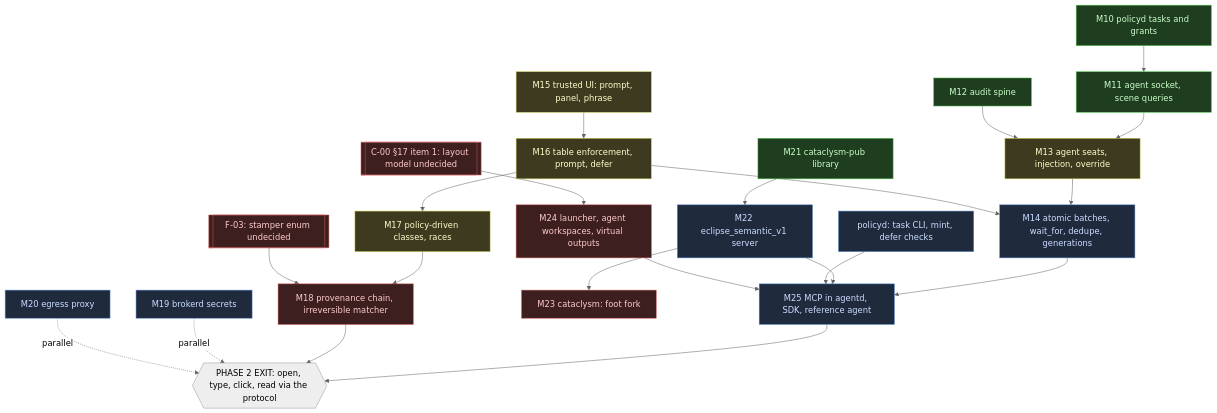
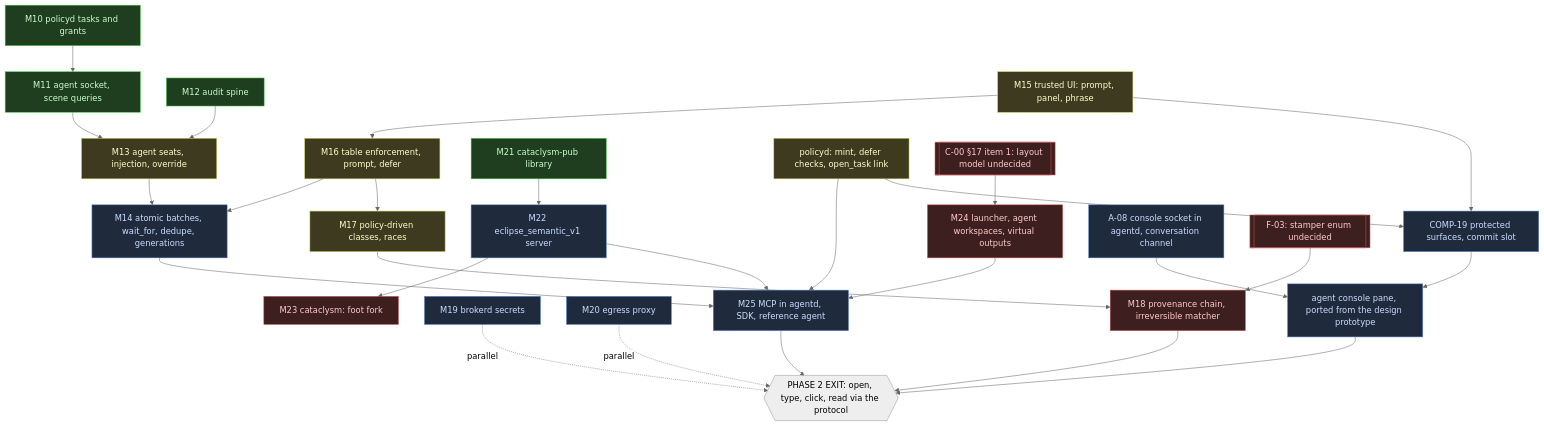
The diagram in docs/internal/phase2-graph.md (chasebrowndev/EclipseOS), drawn with Mermaid (neutral theme) before and after one commit. The commit also changed other lines of this file, not shown here.

First line of the commit message:
docs: add the console wave (COMP-19, A-08) to the phase 2 graph

````diff
--- a/docs/internal/phase2-graph.md
+++ b/docs/internal/phase2-graph.md
@@ -6,47 +6,56 @@
 ```mermaid
 flowchart TD
   classDef done fill:#1f3d1f,stroke:#5c5,color:#cfc
   classDef part fill:#3d3a1f,stroke:#cc5,color:#ffc
   classDef todo fill:#1f2a3d,stroke:#58c,color:#cdf
   classDef blocked fill:#3d1f1f,stroke:#c55,color:#fcc
 
   M10[M10 policyd tasks and grants]:::done
   M11[M11 agent socket, scene queries]:::done
   M12[M12 audit spine]:::done
   M13[M13 agent seats, injection, override]:::part
   M14[M14 atomic batches, wait_for, dedupe, generations]:::todo
   M15[M15 trusted UI: prompt, panel, phrase]:::part
   M16[M16 table enforcement, prompt, defer]:::part
   M17[M17 policy-driven classes, races]:::part
   M18[M18 provenance chain, irreversible matcher]:::blocked
   M19[M19 brokerd secrets]:::todo
   M20[M20 egress proxy]:::todo
   M21[M21 cataclysm-pub library]:::done
   M22[M22 eclipse_semantic_v1 server]:::todo
   M23[M23 cataclysm: foot fork]:::blocked
   M24[M24 launcher, agent workspaces, virtual outputs]:::blocked
   M25[M25 MCP in agentd, SDK, reference agent]:::todo
-  PD[policyd: task CLI, mint, defer checks]:::todo
+  PD[policyd: mint, defer checks, open_task link]:::part
+  C19[COMP-19 protected surfaces, commit slot]:::todo
+  A08[A-08 console socket in agentd, conversation channel]:::todo
+  CON[agent console pane, ported from the design prototype]:::todo
   EXIT{{PHASE 2 EXIT: open, type, click, read via the protocol}}
 
   M10 --> M11 --> M13
   M12 --> M13
   M13 --> M14
   M16 --> M14
   M15 --> M16
   M16 --> M17
   M17 --> M18
   M21 --> M22
   M22 --> M23
   M14 --> M25
   M22 --> M25
   PD --> M25
   M24 --> M25
   M25 --> EXIT
   M18 --> EXIT
   M19 -.parallel.-> EXIT
   M20 -.parallel.-> EXIT
 
+  C19 --> CON
+  A08 --> CON
+  PD --> C19
+  M15 --> C19
+  CON --> EXIT
+
   F03[[F-03: stamper enum undecided]]:::blocked --> M18
   C17[[C-00 §17 item 1: layout model undecided]]:::blocked --> M24
 ```
````
